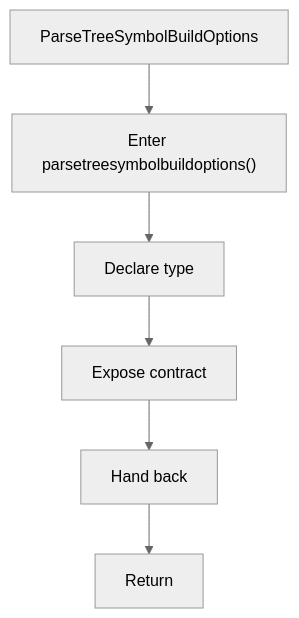
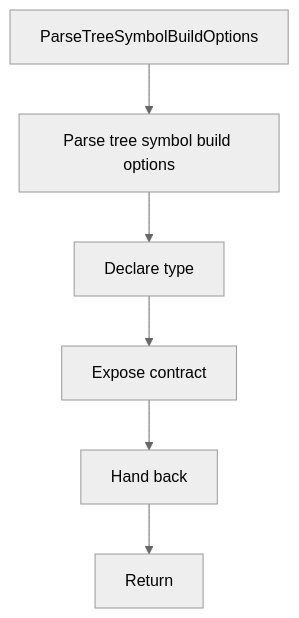
The diagram in docs/Codebase/Microservice/Modules/Header/SyntacticBrokenAST/Analysis/ImplementationUse/Binding/Symbols/Flow/functions/parsetreesymbolbuildoptions.hpp.md (JohnAndrewBalbarosa/NeoTerritory), drawn with Mermaid (neutral theme) before and after one commit. The commit also changed other lines of this file and 925 other files, not shown here.

````diff
--- a/docs/Codebase/Microservice/Modules/Header/SyntacticBrokenAST/Analysis/ImplementationUse/Binding/Symbols/Flow/functions/parsetreesymbolbuildoptions.hpp.md
+++ b/docs/Codebase/Microservice/Modules/Header/SyntacticBrokenAST/Analysis/ImplementationUse/Binding/Symbols/Flow/functions/parsetreesymbolbuildoptions.hpp.md
@@ -16,14 +16,14 @@
 ```mermaid
 flowchart TD
     Start["ParseTreeSymbolBuildOptions"]
-    N0["Enter parsetreesymbolbuildoptions()"]
+    N0["Parse tree symbol build options"]
     N1["Declare type"]
     N2["Expose contract"]
     N3["Hand back"]
     End["Return"]
     Start --> N0
     N0 --> N1
     N1 --> N2
     N2 --> N3
     N3 --> End
 ```
````
